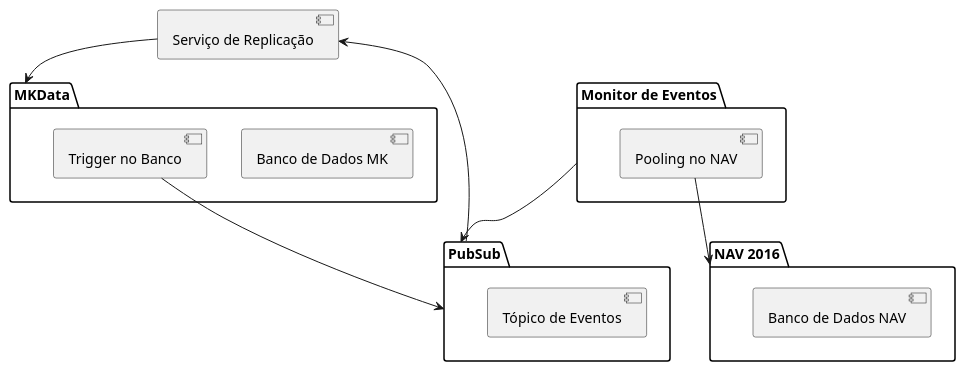
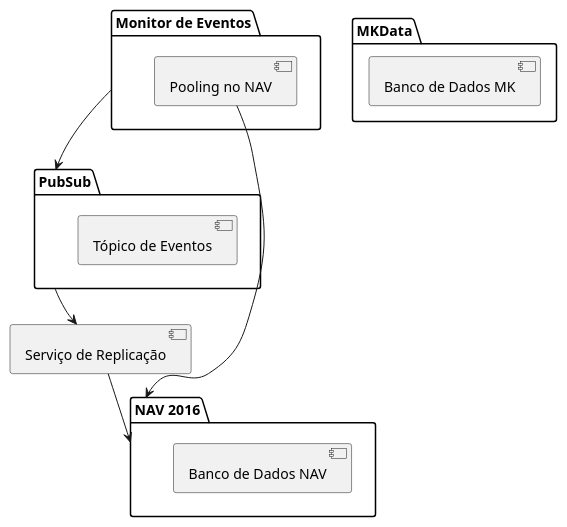
The eighth of 8 diagrams in Cenários de Arquitetura.md (marvinho-tn/nav-2016-integration), drawn with PlantUML before and after one commit. The commit also changed other lines of this file, not shown here.

````diff
--- a/Cenários de Arquitetura.md
+++ b/Cenários de Arquitetura.md
@@ -200,24 +199,23 @@
 ```plantuml
 @startuml
 package "PubSub" {
     [Tópico de Eventos]
 }
 
 package "MKData" {
     [Banco de Dados MK]
-    [Trigger no Banco] --> [PubSub]
 }
 
 package "NAV 2016" {
     [Banco de Dados NAV]
 }
 
 package "Monitor de Eventos" {
     [Pooling no NAV] --> [NAV 2016]
 }
 
 [Monitor de Eventos] --> [PubSub]
 [PubSub] --> [Serviço de Replicação]
-[Serviço de Replicação] --> [MKData]
+[Serviço de Replicação] --> [NAV 2016]
 @enduml
 ```
````
